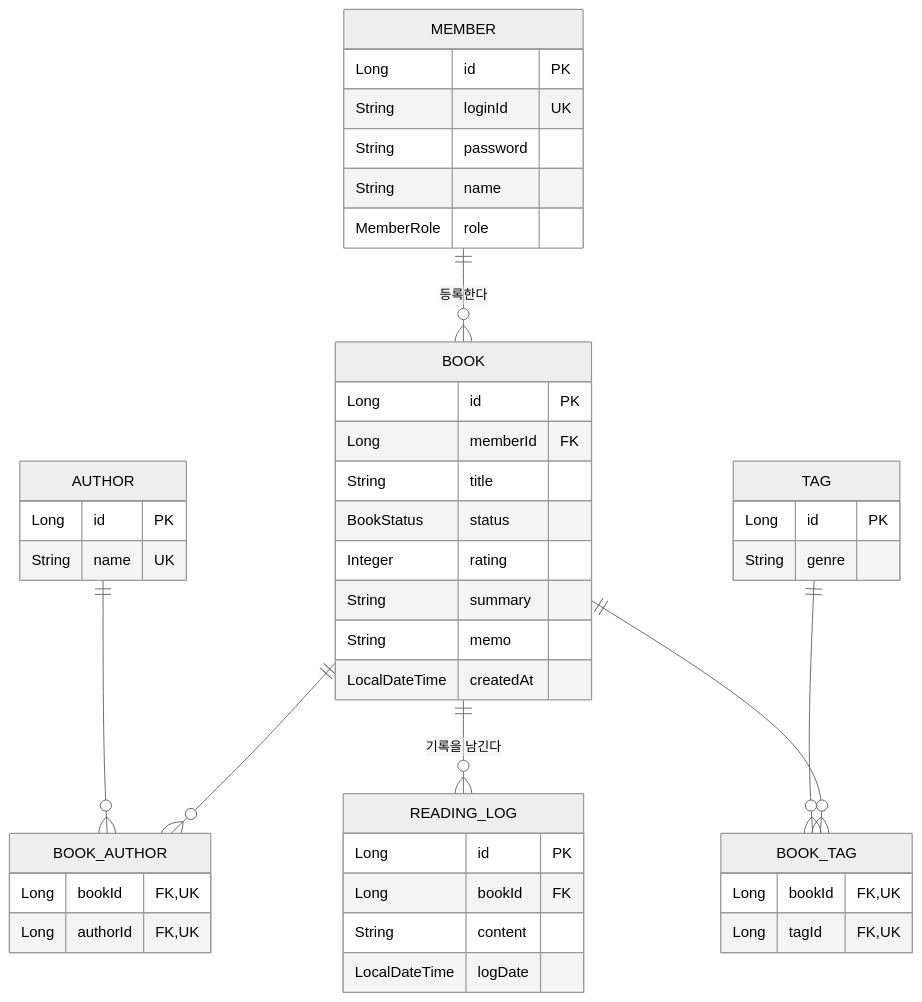
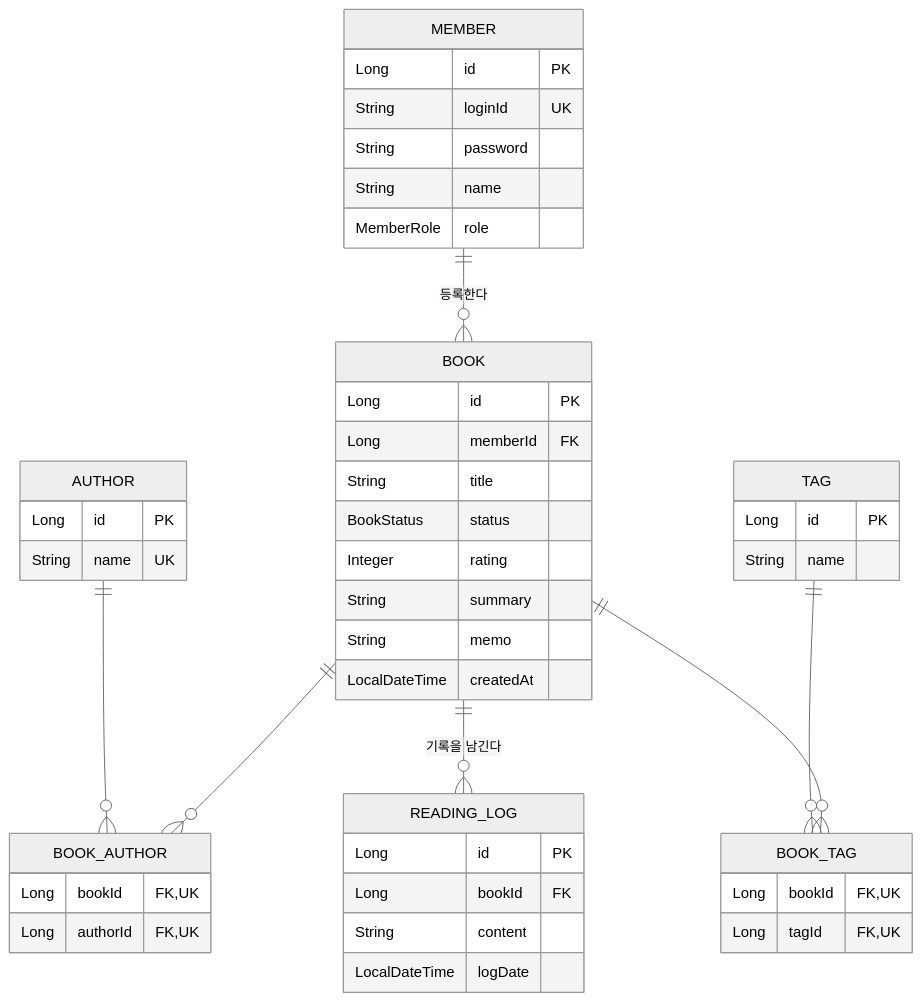
Before and after one commit to soohyeon01/booklog: the diagram in README.md, drawn with Mermaid (neutral theme). The commit also changed other lines of this file and 2 other files, not shown here.

````diff
--- a/README.md
+++ b/README.md
@@ -36,55 +68,55 @@
 ```mermaid
 erDiagram
     MEMBER {
         Long id PK
         String loginId UK
         String password
         String name
         MemberRole role
     }
 
     BOOK {
         Long id PK
         Long memberId FK
         String title
         BookStatus status
         Integer rating
         String summary
         String memo
         LocalDateTime createdAt
     }
 
     AUTHOR {
         Long id PK
         String name UK
     }
 
     BOOK_AUTHOR {
         Long bookId FK, UK
         Long authorId FK, UK
     }
 
     TAG {
         Long id PK
-        String genre
+        String name
     }
 
     BOOK_TAG {
         Long bookId FK, UK
         Long tagId FK, UK
     }
 
     READING_LOG {
         Long id PK
         Long bookId FK
         String content
         LocalDateTime logDate
     }
 
     MEMBER ||--o{ BOOK : "등록한다"
     BOOK ||--o{ BOOK_AUTHOR : ""
     AUTHOR ||--o{ BOOK_AUTHOR : ""
     BOOK ||--o{ BOOK_TAG : ""
     TAG ||--o{ BOOK_TAG : ""
     BOOK ||--o{ READING_LOG : "기록을 남긴다"
 ```
````
